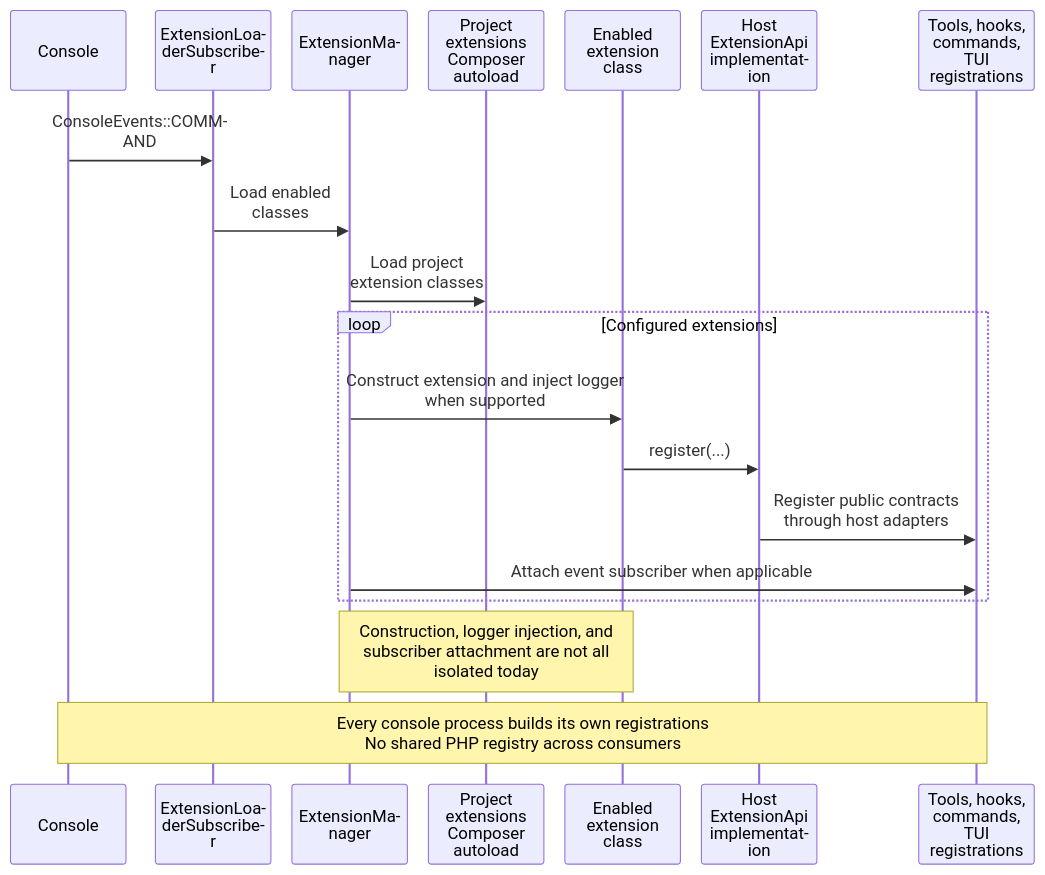
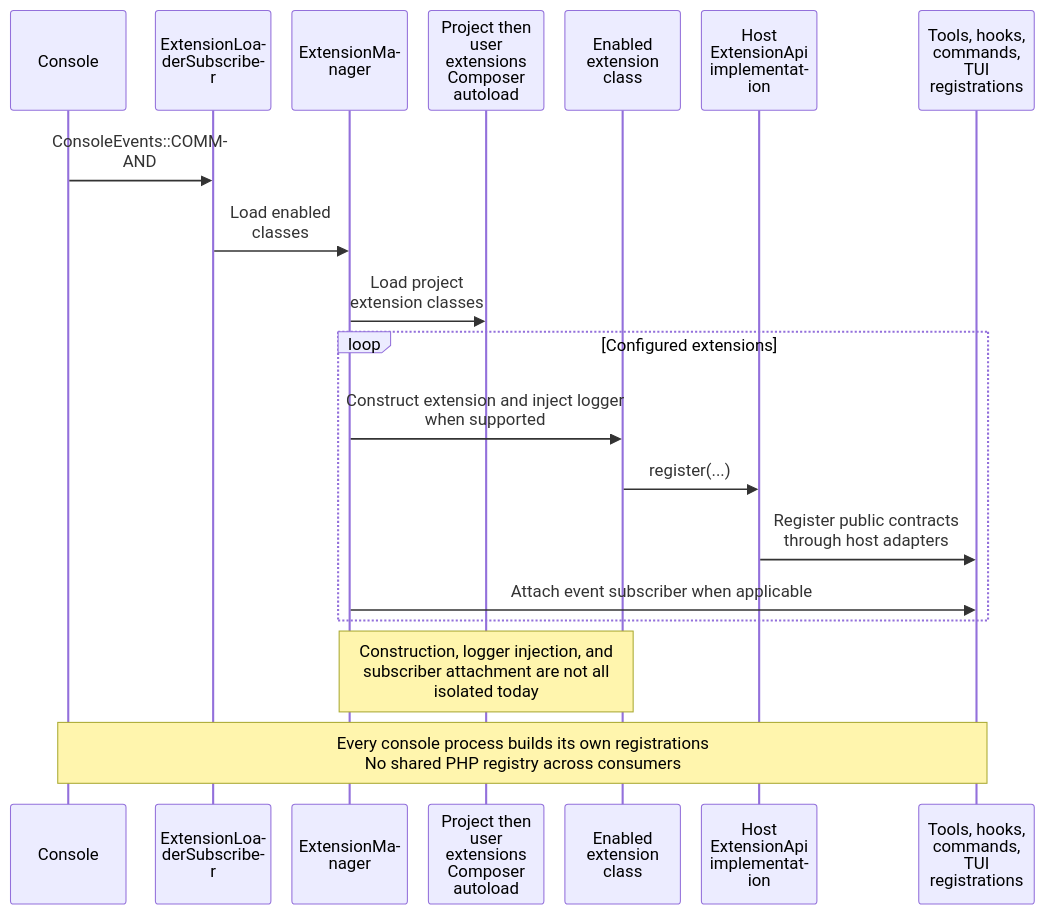
One commit to ineersa/agent-core changed the first of 5 diagrams in architecture/extensions-and-agents.md. Above: the diagram before and after it, drawn with Mermaid. The commit also changed 19 other files, not shown here.

First line of the commit message:
Add project/user extension package install and dual-root autoload.

````diff
--- a/architecture/extensions-and-agents.md
+++ b/architecture/extensions-and-agents.md
@@ -7,23 +7,23 @@
 ```mermaid
 %%{init: {"sequence": {"wrap": true, "width": 110, "actorMargin": 20, "diagramMarginX": 10, "messageMargin": 30}}}%%
 sequenceDiagram
     participant Console
     participant Loader as ExtensionLoaderSubscriber
     participant Manager as ExtensionManager
-    participant Autoload as Project extensions Composer autoload
+    participant Autoload as Project then user extensions Composer autoload
     participant Extension as Enabled extension class
     participant API as Host ExtensionApi implementation
     participant Registry as Tools, hooks, commands, TUI registrations
 
     Console->>Loader: ConsoleEvents::COMMAND
     Loader->>Manager: Load enabled classes
     Manager->>Autoload: Load project extension classes
     loop Configured extensions
         Manager->>Extension: Construct extension and inject logger when supported
         Extension->>API: register(...)
         API->>Registry: Register public contracts through host adapters
         Manager->>Registry: Attach event subscriber when applicable
     end
     Note over Manager,Extension: Construction, logger injection, and subscriber attachment are not all isolated today
     Note over Console,Registry: Every console process builds its own registrations<br/>No shared PHP registry across consumers
 ```
````
